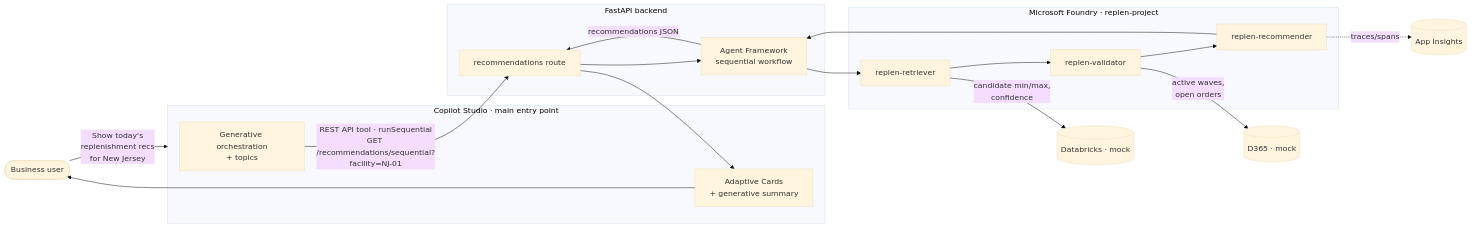
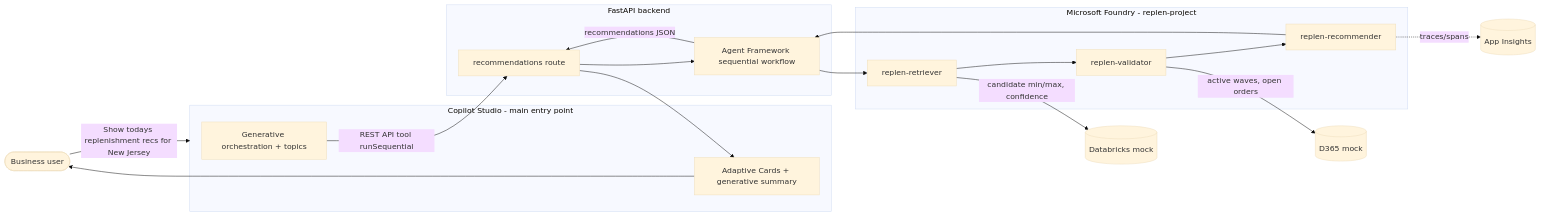
Before and after one commit to honestypugh2/warehouse-replenishment-ai-demo: the diagram in docs/05-copilot-studio.md, drawn with Mermaid (base theme). The commit also changed 3 other files, not shown here.

First line of the commit message:
fix: resolve Mermaid rendering in all docs

````diff
--- a/docs/05-copilot-studio.md
+++ b/docs/05-copilot-studio.md
@@ -15,31 +15,31 @@
 ```mermaid
 flowchart LR
-    U([Business user]) -->|"Show today's<br/>replenishment recs<br/>for New Jersey"| CS
+    U([Business user]) -->|"Show todays replenishment recs for New Jersey"| CS
 
-    subgraph CS[Copilot Studio · main entry point]
-        ORCH[Generative orchestration<br/>+ topics]
-        CARDS[Adaptive Cards<br/>+ generative summary]
+    subgraph CS["Copilot Studio - main entry point"]
+        ORCH["Generative orchestration + topics"]
+        CARDS["Adaptive Cards + generative summary"]
     end
 
-    ORCH -->|REST API tool · runSequential<br/>GET /recommendations/sequential?facility=NJ-01| API
+    ORCH -->|"REST API tool runSequential"| API
 
     subgraph BE[FastAPI backend]
         API[recommendations route]
-        WF[Agent Framework<br/>sequential workflow]
+        WF["Agent Framework sequential workflow"]
         API --> WF
     end
 
-    subgraph FY[Microsoft Foundry · replen-project]
+    subgraph FY["Microsoft Foundry - replen-project"]
         RET[replen-retriever]
         VAL[replen-validator]
         REC[replen-recommender]
     end
 
     WF --> RET --> VAL --> REC --> WF
     REC -. traces/spans .-> AI[(App Insights)]
 
-    RET -->|candidate min/max,<br/>confidence| DBX[(Databricks · mock)]
-    VAL -->|active waves,<br/>open orders| D365[(D365 · mock)]
+    RET -->|"candidate min/max, confidence"| DBX[("Databricks mock")]
+    VAL -->|"active waves, open orders"| D365[("D365 mock")]
 
     WF -->|recommendations JSON| API --> CARDS --> U
 ```
````
